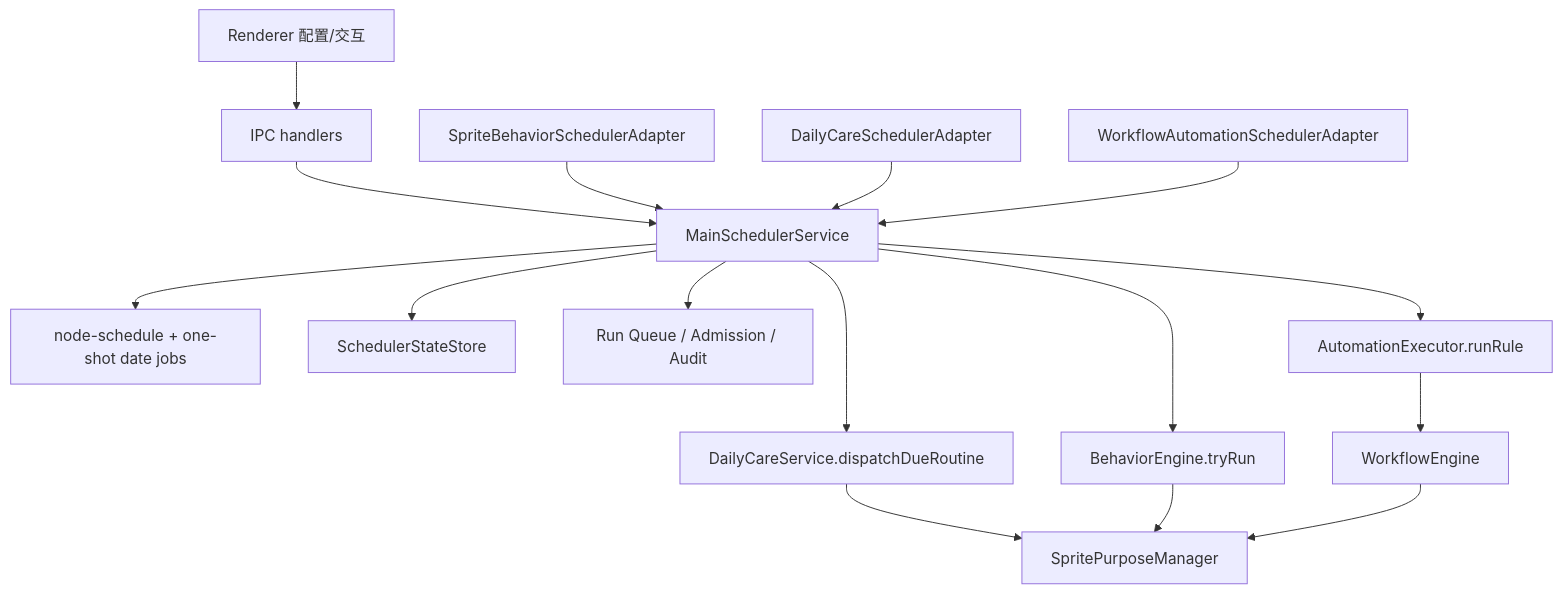
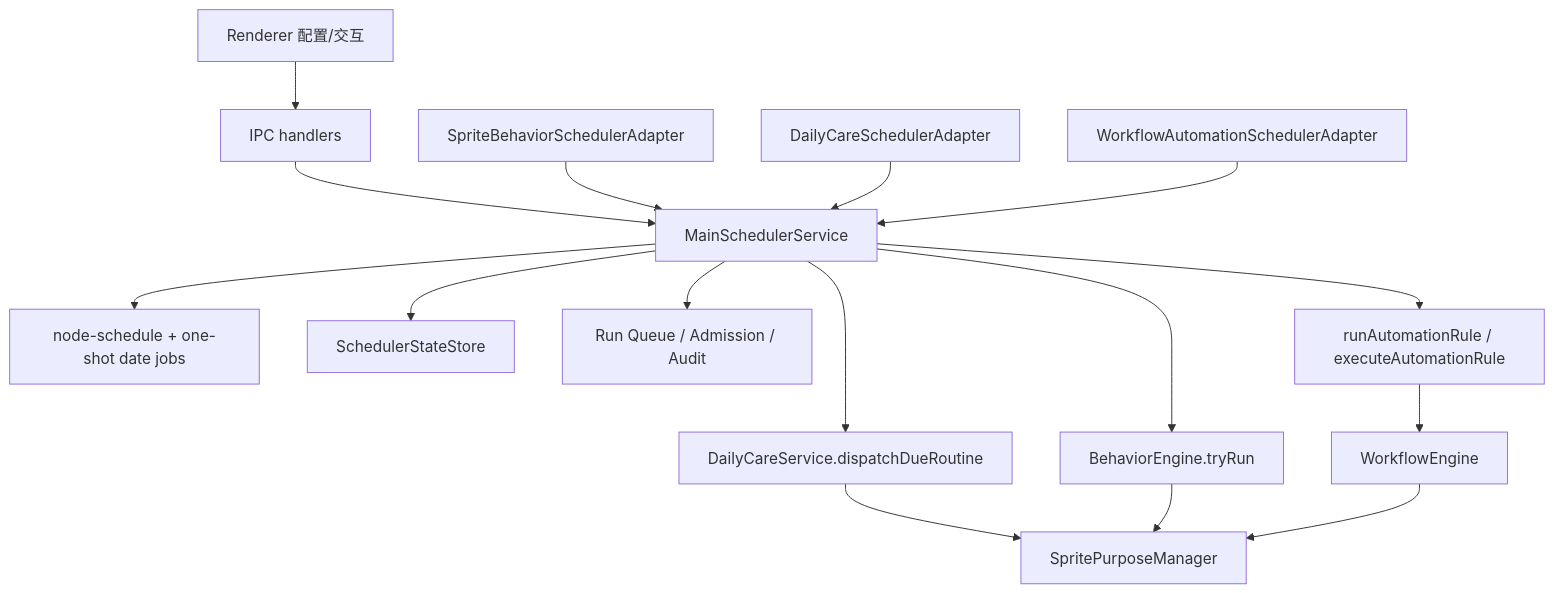
Before and after one commit to WondrousBox/Chobits: the diagram in docs/scheduler-system/main-process-scheduler-unification-plan.md, drawn with Mermaid. The commit also changed other lines of this file and 18 other files, not shown here.

````diff
--- a/docs/scheduler-system/main-process-scheduler-unification-plan.md
+++ b/docs/scheduler-system/main-process-scheduler-unification-plan.md
@@ -68,22 +68,22 @@
 ```mermaid
 flowchart TD
   Renderer["Renderer 配置/交互"] --> IPC["IPC handlers"]
   IPC --> MainScheduler["MainSchedulerService"]
 
   MainScheduler --> Engine["node-schedule + one-shot date jobs"]
   MainScheduler --> State["SchedulerStateStore"]
   MainScheduler --> Runtime["Run Queue / Admission / Audit"]
 
   SpriteAdapter["SpriteBehaviorSchedulerAdapter"] --> MainScheduler
   DailyCareAdapter["DailyCareSchedulerAdapter"] --> MainScheduler
   AutomationAdapter["WorkflowAutomationSchedulerAdapter"] --> MainScheduler
 
   MainScheduler --> SpriteBehavior["BehaviorEngine.tryRun"]
   MainScheduler --> DailyCare["DailyCareService.dispatchDueRoutine"]
-  MainScheduler --> AutomationExec["AutomationExecutor.runRule"]
+  MainScheduler --> AutomationExec["runAutomationRule / executeAutomationRule"]
 
   DailyCare --> Purpose["SpritePurposeManager"]
   SpriteBehavior --> Purpose
   AutomationExec --> Workflow["WorkflowEngine"]
   Workflow --> Purpose
 ```
````
